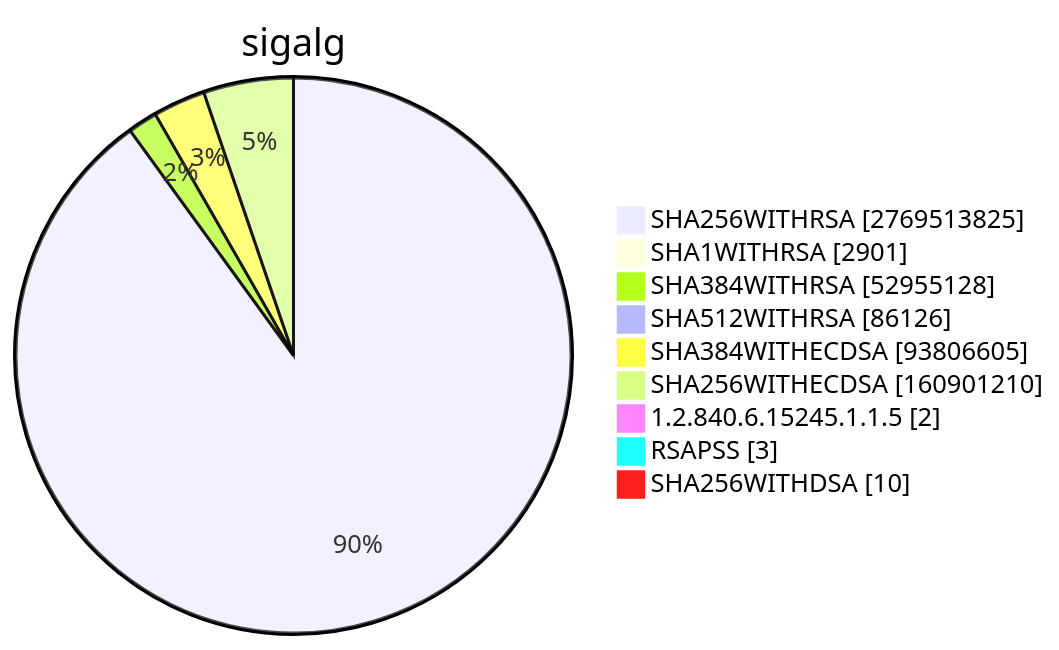
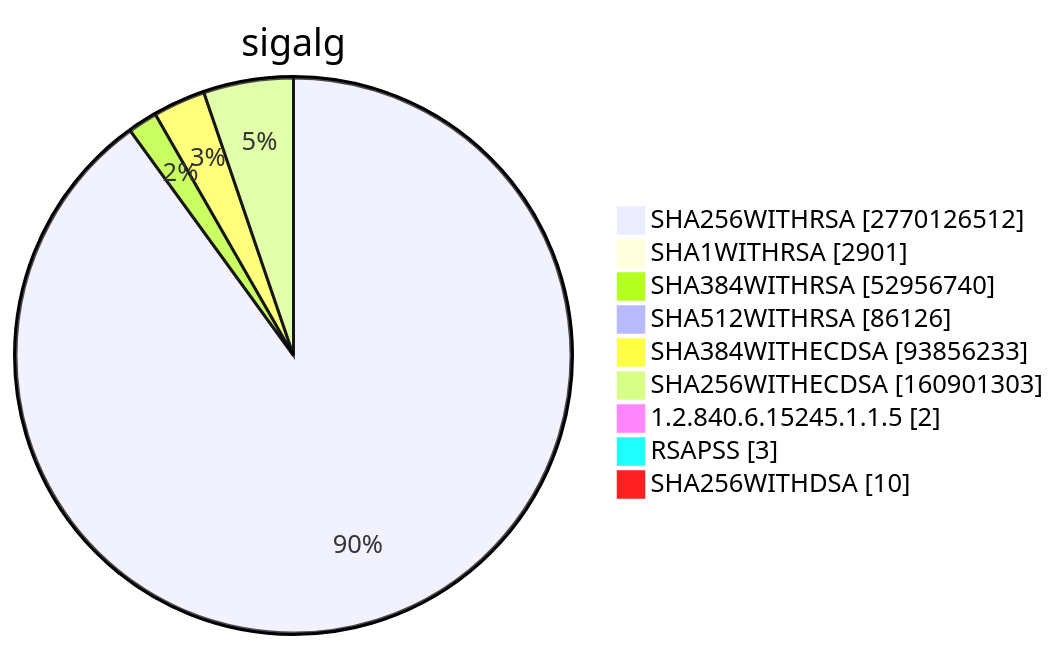
One commit to christiankrug/ctmonitor_visualization changed diagram 15 of 15 in TOTAL/README.md. Above: the diagram before and after it, drawn with Mermaid. The commit also changed other lines of this file, not shown here.

````diff
--- a/TOTAL/README.md
+++ b/TOTAL/README.md
@@ -6207,13 +6207,13 @@
 ```mermaid
 pie showData
 title sigalg
-"SHA256WITHRSA" :2769513825
+"SHA256WITHRSA" :2770126512
 "SHA1WITHRSA" :2901
-"SHA384WITHRSA" :52955128
+"SHA384WITHRSA" :52956740
 "SHA512WITHRSA" :86126
-"SHA384WITHECDSA" :93806605
-"SHA256WITHECDSA" :160901210
+"SHA384WITHECDSA" :93856233
+"SHA256WITHECDSA" :160901303
 "1.2.840.6.15245.1.1.5" :2
 "RSAPSS" :3
 "SHA256WITHDSA" :10
 ```
````
